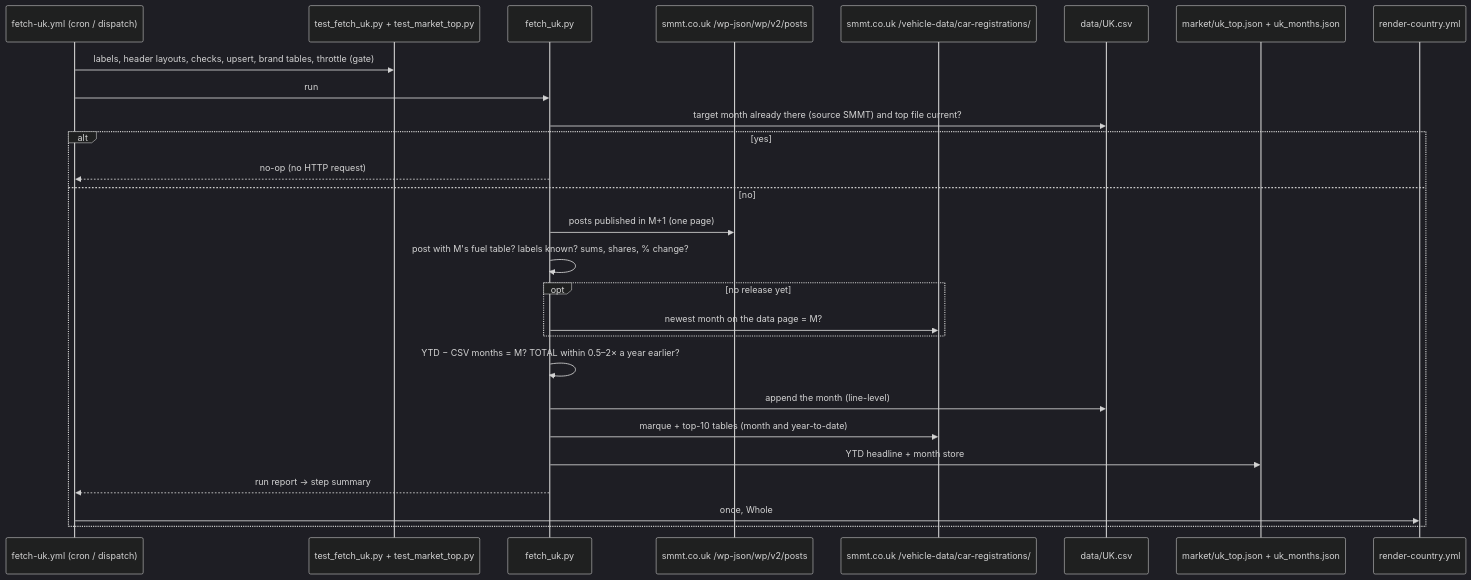
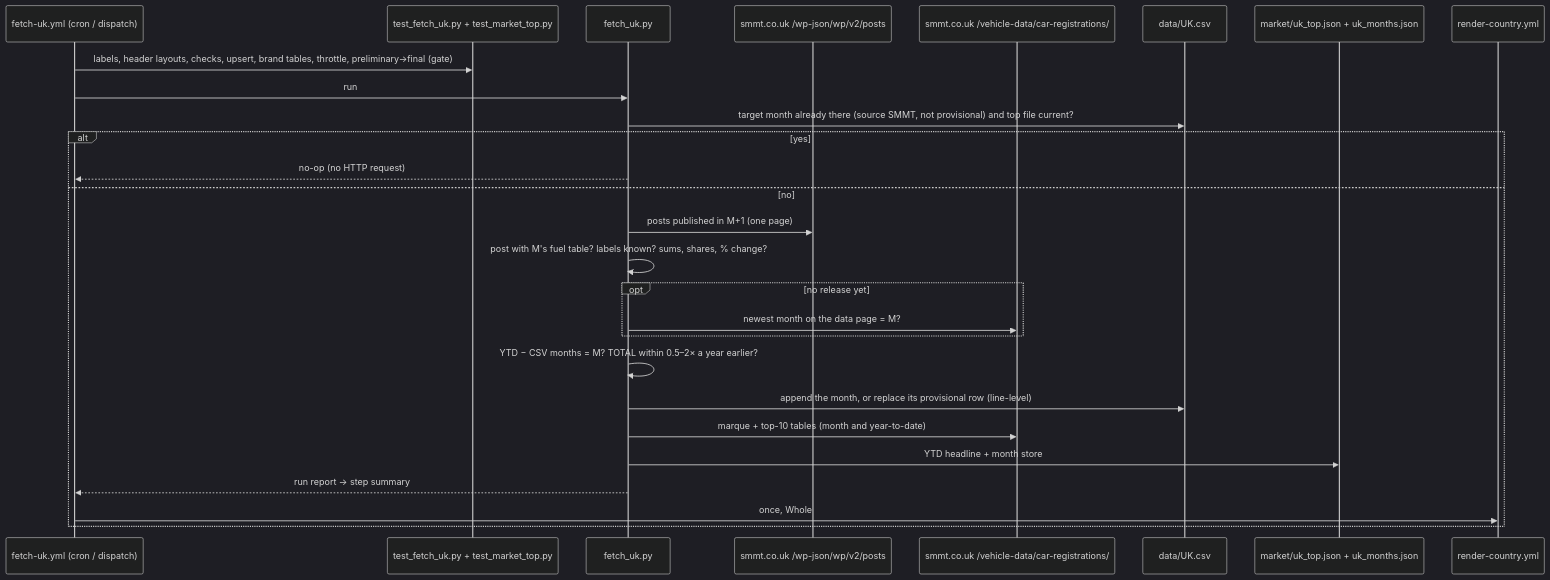
One commit to LeRaffl/LeRaffl-Gallery changed the diagram in docs/architecture/50-source-uk.md. Above: the diagram before and after it, drawn with Mermaid (dark theme). The commit also changed other lines of this file and 4 other files, not shown here.

First line of the commit message:
fix: UK fetcher replaces SMMT's preliminary figures with the final ones

````diff
--- a/docs/architecture/50-source-uk.md
+++ b/docs/architecture/50-source-uk.md
@@ -258,29 +296,29 @@
 ```mermaid
 sequenceDiagram
     participant Cron as fetch-uk.yml (cron / dispatch)
     participant Test as test_fetch_uk.py + test_market_top.py
     participant Py as fetch_uk.py
     participant WP as smmt.co.uk /wp-json/wp/v2/posts
     participant Page as smmt.co.uk /vehicle-data/car-registrations/
     participant CSV as data/UK.csv
     participant Top as market/uk_top.json + uk_months.json
     participant Render as render-country.yml
-    Cron->>Test: labels, header layouts, checks, upsert, brand tables, throttle (gate)
+    Cron->>Test: labels, header layouts, checks, upsert, brand tables, throttle, preliminary→final (gate)
     Cron->>Py: run
-    Py->>CSV: target month already there (source SMMT) and top file current?
+    Py->>CSV: target month already there (source SMMT, not provisional) and top file current?
     alt yes
         Py-->>Cron: no-op (no HTTP request)
     else no
         Py->>WP: posts published in M+1 (one page)
         Py->>Py: post with M's fuel table? labels known? sums, shares, % change?
         opt no release yet
             Py->>Page: newest month on the data page = M?
         end
         Py->>Py: YTD − CSV months = M? TOTAL within 0.5–2× a year earlier?
-        Py->>CSV: append the month (line-level)
+        Py->>CSV: append the month, or replace its provisional row (line-level)
         Py->>Page: marque + top-10 tables (month and year-to-date)
         Py->>Top: YTD headline + month store
         Py-->>Cron: run report → step summary
         Cron->>Render: once, Whole
     end
 ```
````
